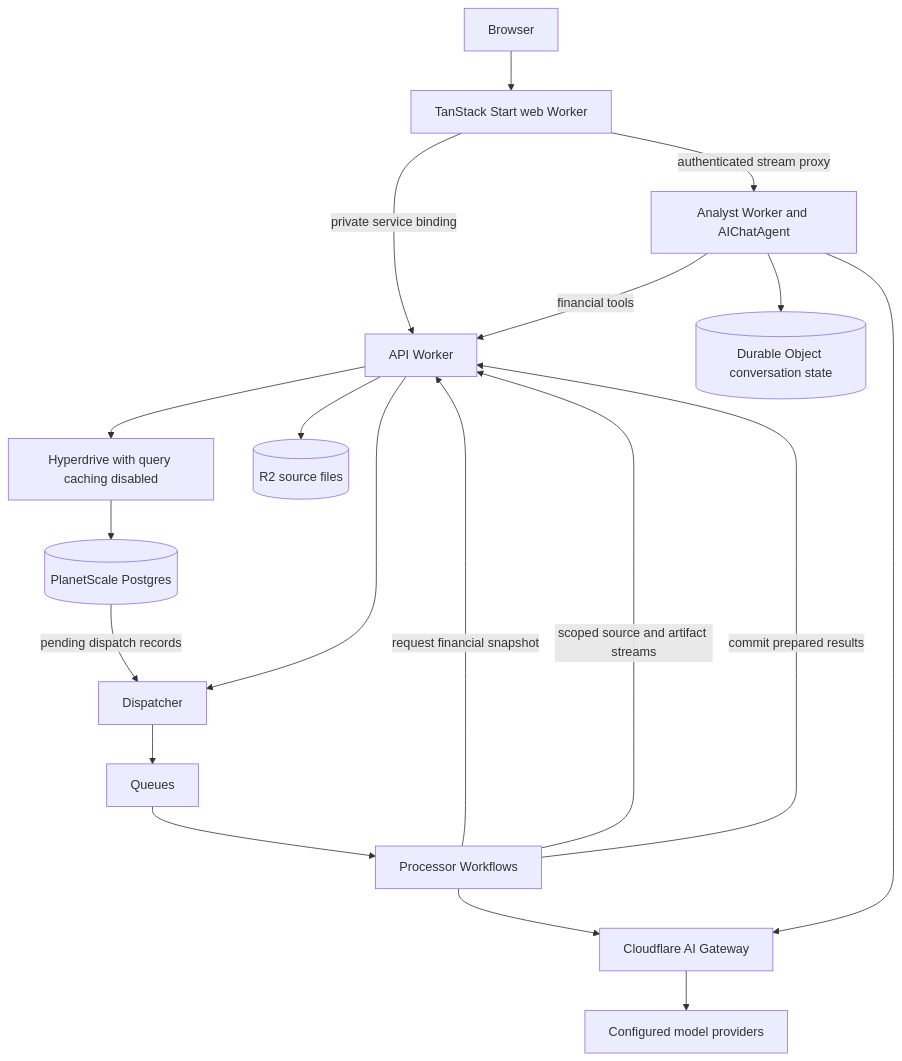
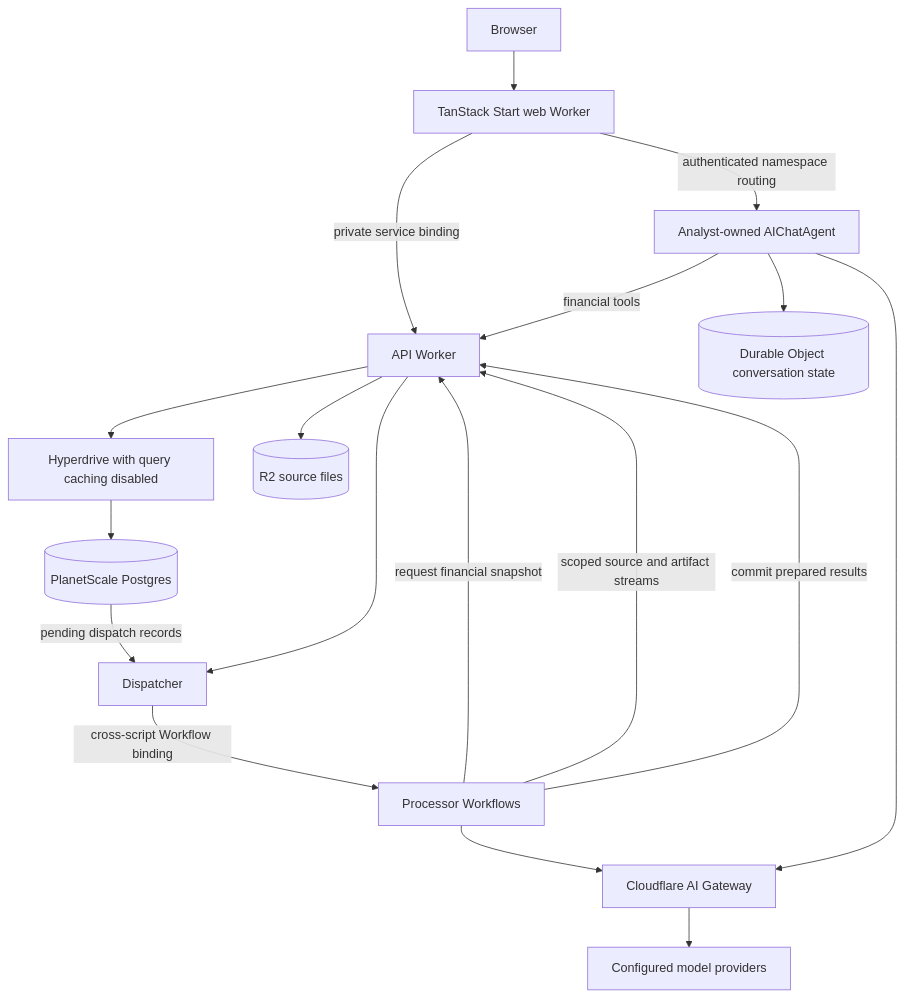
The diagram in docs/technical/architecture.mdx (AdiRishi/ironcage), drawn with Mermaid before and after one commit. The commit also changed other lines of this file and 23 other files, not shown here.

````diff
--- a/docs/technical/architecture.mdx
+++ b/docs/technical/architecture.mdx
@@ -14,21 +14,20 @@
 ```mermaid
 flowchart TD
     User[Browser] --> Web[TanStack Start web Worker]
     Web -->|private service binding| API[API Worker]
-    Web -->|authenticated stream proxy| Analyst[Analyst Worker and AIChatAgent]
+    Web -->|authenticated namespace routing| Analyst[Analyst-owned AIChatAgent]
     API --> Hyperdrive[Hyperdrive with query caching disabled]
     Hyperdrive --> DB[(PlanetScale Postgres)]
     API --> Sources[(R2 source files)]
     API --> Dispatcher[Dispatcher]
     DB -->|pending dispatch records| Dispatcher
-    Dispatcher --> Dispatch[Queues]
-    Dispatch --> Jobs[Processor Workflows]
+    Dispatcher -->|cross-script Workflow binding| Jobs[Processor Workflows]
     Jobs -->|request financial snapshot| API
     Jobs -->|scoped source and artifact streams| API
     Jobs -->|commit prepared results| API
     Analyst -->|financial tools| API
     Analyst --> Conversations[(Durable Object conversation state)]
     Analyst --> Gateway[Cloudflare AI Gateway]
     Jobs --> Gateway
     Gateway --> Models[Configured model providers]
 ```
````
